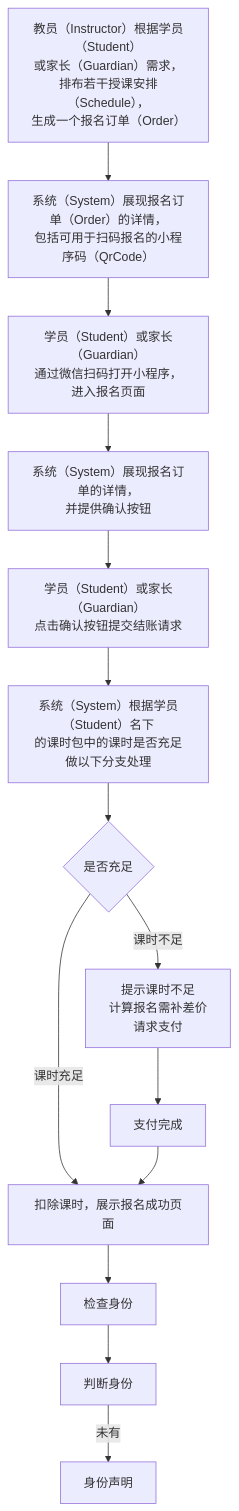
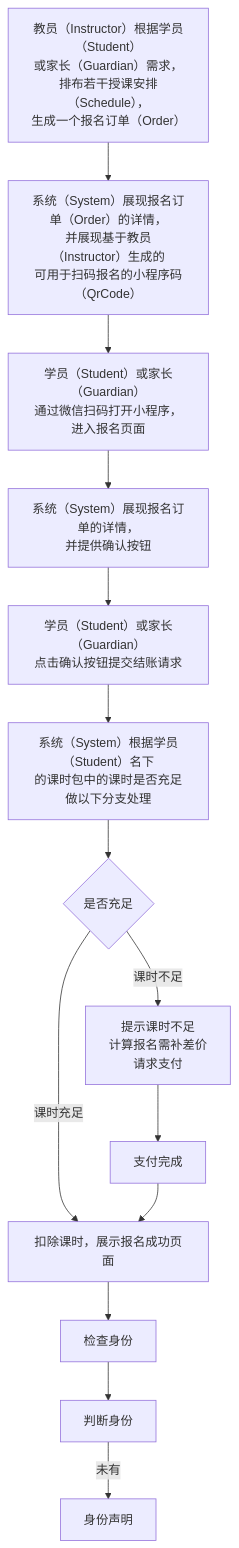
Before and after one commit to world-wide-web/sign: the diagram in 用例/报名.md, drawn with Mermaid. The commit also changed other lines of this file, not shown here.

````diff
--- a/用例/报名.md
+++ b/用例/报名.md
@@ -8,37 +8,37 @@
 ```mermaid
 graph TD
 
 A-->B
 B-->C
 C-->D
 D-->E
 E-->F
 F-->G
 G--课时充足-->H
 G--课时不足-->I
 I-->I1
 I1-->H
 H-->检查身份
 检查身份-->判断身份
 判断身份--未有-->身份声明
 
 A["<center>教员（Instructor）根据学员（Student）<br>或家长（Guardian）需求，<br>排布若干授课安排（Schedule），<br>生成一个报名订单（Order）</center>"]
 
-B["<center>系统（System）展现报名订单（Order）的详情，<br>包括可用于扫码报名的小程序码（QrCode）</center>"]
+B["<center>系统（System）展现报名订单（Order）的详情，<br>并展现基于教员（Instructor）生成的<br>可用于扫码报名的小程序码（QrCode）</center>"]
 
 C["<center>学员（Student）或家长（Guardian）<br>通过微信扫码打开小程序，进入报名页面</center>"]
 
 D["<center>系统（System）展现报名订单的详情，<br>并提供确认按钮</center>"]
 
 E["<center>学员（Student）或家长（Guardian）<br>点击确认按钮提交结账请求</center>"]
 
 F["<center>系统（System）根据学员（Student）名下<br>的课时包中的课时是否充足做以下分支处理</center>"]
 
 G{"<center>是否充足</center>"}
 
 I["<center>提示课时不足<br>计算报名需补差价<br>请求支付</center>"]
 
 I1["<center>支付完成</center>"]
 
 H["<center>扣除课时，展示报名成功页面</center>"]
 ```
````
